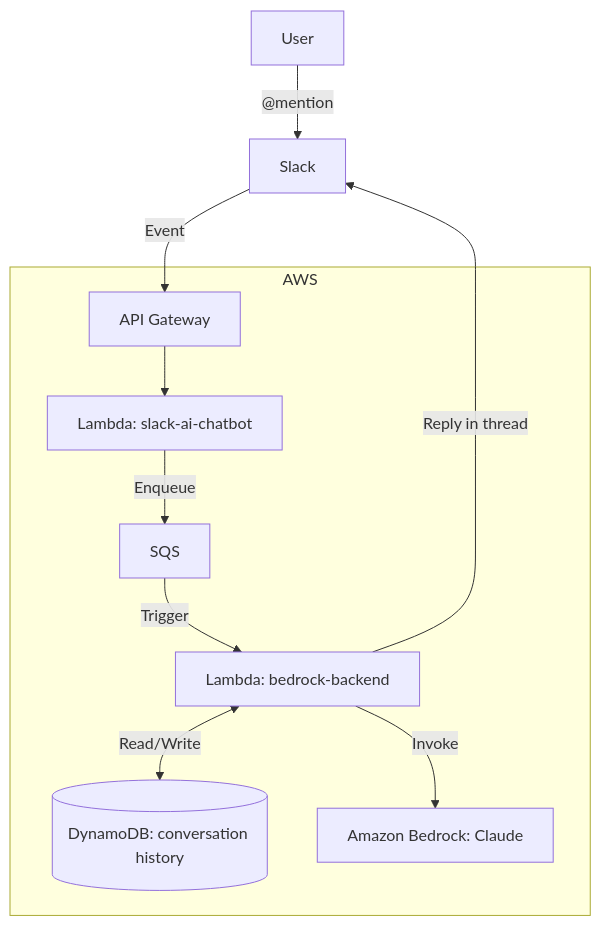
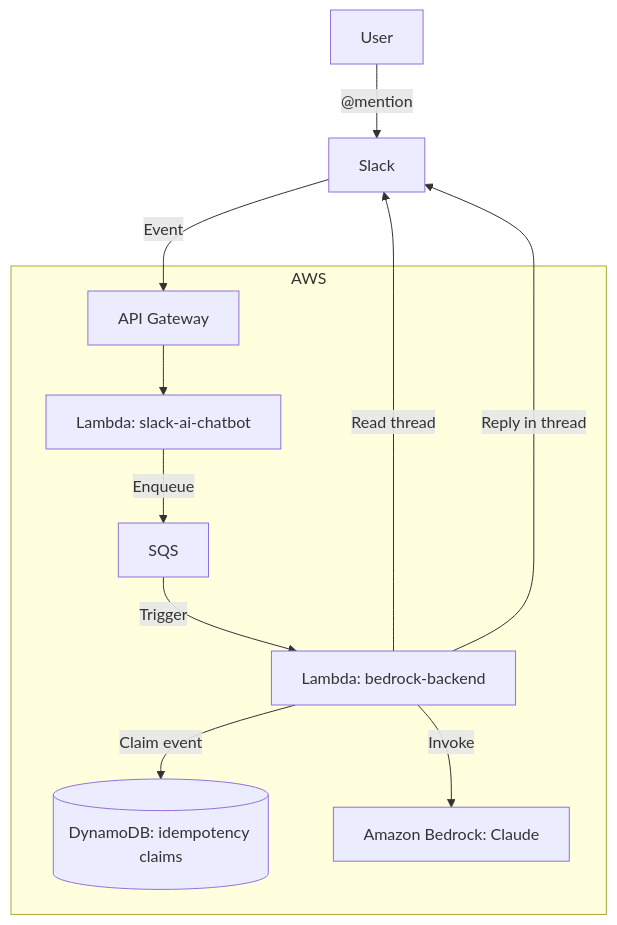
The diagram in bedrock-slack-ai-chatbot/README.md (haruka-aibara/haruka-aibara), drawn with Mermaid before and after one commit. The commit also changed other lines of this file and 7 other files, not shown here.

First line of the commit message:
Read the Slack thread for context instead of storing a history of its own

````diff
--- a/bedrock-slack-ai-chatbot/README.md
+++ b/bedrock-slack-ai-chatbot/README.md
@@ -11,21 +11,22 @@
 ```mermaid
 flowchart TD
     User -->|"@mention"| Slack
 
     subgraph AWS
         APIGW[API Gateway]
         LambdaFront[Lambda: slack-ai-chatbot]
         SQS[SQS]
         LambdaBack[Lambda: bedrock-backend]
-        DynamoDB[(DynamoDB: conversation history)]
+        DynamoDB[(DynamoDB: idempotency claims)]
         Bedrock[Amazon Bedrock: Claude]
     end
 
     Slack -->|Event| APIGW
     APIGW --> LambdaFront
     LambdaFront -->|Enqueue| SQS
     SQS -->|Trigger| LambdaBack
-    LambdaBack <-->|Read/Write| DynamoDB
+    LambdaBack -->|Claim event| DynamoDB
     LambdaBack -->|Invoke| Bedrock
+    LambdaBack -->|Read thread| Slack
     LambdaBack -->|Reply in thread| Slack
 ```
````
